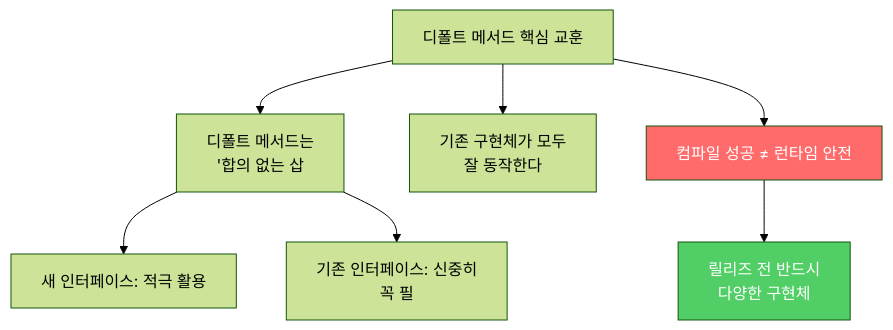
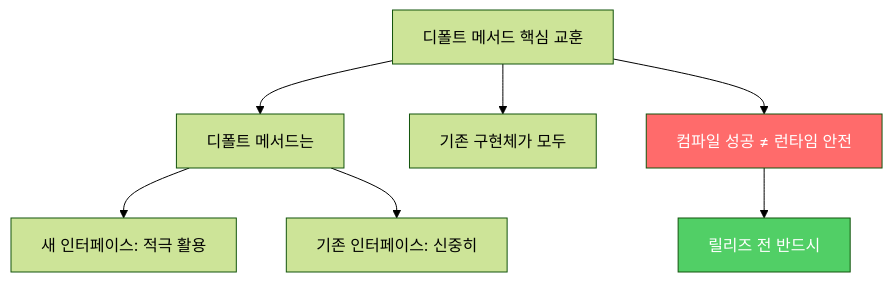
Before and after one commit to yjkim2015/yjkim2015.github.io: the fourth of 4 diagrams in _posts/java/2022-01-04-effective-java21.md, drawn with Mermaid (forest theme). The commit also changed other lines of this file and 217 other files, not shown here.

First line of the commit message:
Mermaid 크기 수정: useMaxWidth:true + SVG max-width:100% + 라벨 축소

````diff
--- a/_posts/java/2022-01-04-effective-java21.md
+++ b/_posts/java/2022-01-04-effective-java21.md
@@ -148,11 +148,11 @@
 ```mermaid
 graph TD
-    A["디폴트 메서드 핵심 교훈"] --> B["디폴트 메서드는\n'합의 없는 삽"]
-    A --> C["기존 구현체가 모두\n잘 동작한다"]
+    A["디폴트 메서드 핵심 교훈"] --> B["디폴트 메서드는"]
+    A --> C["기존 구현체가 모두"]
     A --> D["컴파일 성공 ≠ 런타임 안전"]
     B --> E["새 인터페이스: 적극 활용"]
-    B --> F["기존 인터페이스: 신중히\n꼭 필"]
-    D --> G["릴리즈 전 반드시\n다양한 구현체"]
+    B --> F["기존 인터페이스: 신중히"]
+    D --> G["릴리즈 전 반드시"]
     style D fill:#ff6b6b,color:#fff
     style G fill:#51cf66,color:#fff
 ```
````
